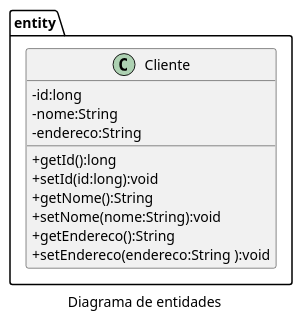
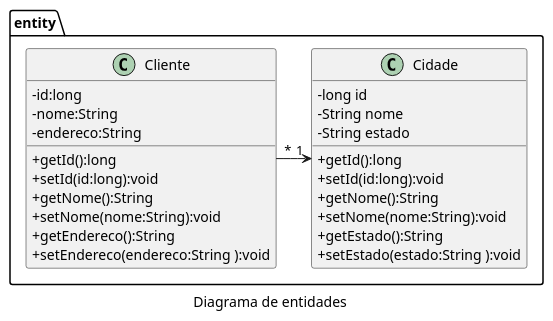
Before and after one commit to waltercoan/FSO2024-2: the diagram in diagramas/entidades.puml, drawn with PlantUML. The commit also changed 7 other files, not shown here.

```diff
--- a/diagramas/entidades.puml
+++ b/diagramas/entidades.puml
@@ -1,69 +1,70 @@
 @startuml
 skinparam classAttributeIconSize 0
 caption Diagrama de entidades
 namespace entity {
     class Cliente {
         - id:long
         - nome:String
         - endereco:String
 
         + getId():long
         + setId(id:long):void
         + getNome():String
         + setNome(nome:String):void
         + getEndereco():String
         + setEndereco(endereco:String ):void
         
     }
-    /'class Cidade {
+    class Cidade {
         - long id
         - String nome
         - String estado
 
         + getId():long
         + setId(id:long):void
         + getNome():String
         + setNome(nome:String):void
         + getEstado():String
         + setEstado(estado:String ):void
     }
-    class Pedido {
+    /'class Pedido {
         - long id
         - Date data
 
         + getId():long
         + setId(id:long):void
         + getData():Date
         + setData(data:Date):void
     }
     class ItemPedido {
         - long id
         - int quantidade
         - float valor
 
         + getId():long
         + setId(id:long):void
         + getQuantidade():int
         + setQuantidade(quantidade:int):void
         + getValor():float
         + setValor(valor:float):void
     }
     class Produto {
         - long id
         - String descricao
         - float valor
 
         + getId():long
         + setId(id:long):void
         + getDescricao():int
         + setDescricao(descricao:String):void
         + getValor():float
         + setValor(valor:float):void
     }
 
-    Cliente "cliente *" -> "1" Cidade
+    
     Pedido "colItens 1" -> "*" ItemPedido
     ItemPedido "produto *" -> "1" Produto
     '/
+    Cliente "*" -> "1" Cidade
 }
 @enduml
```
